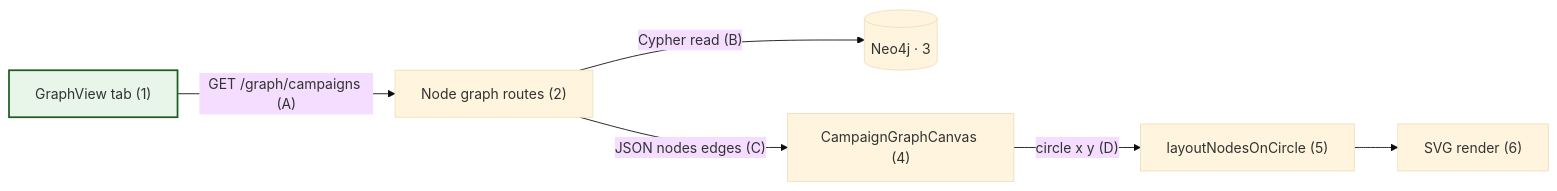
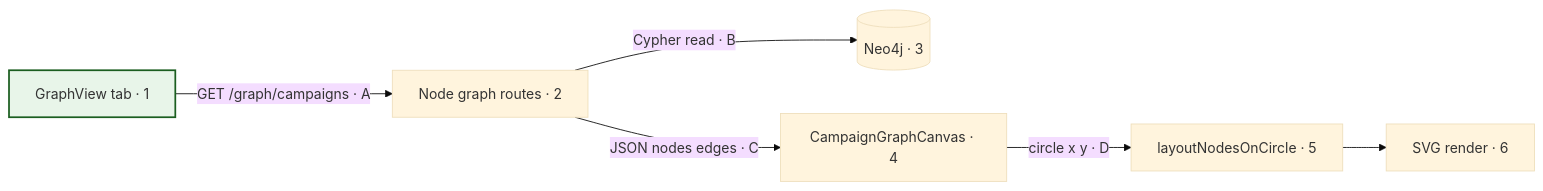
Before and after one commit to OferElboher/suspicious-email-triage: the diagram in docs/diagrams/system-flow-graph-ui.mmd, drawn with Mermaid (base theme). The commit also changed 18 other files, not shown here.

First line of the commit message:
Align flowchart Mermaid syntax with comprehensive guide arrowheads.

```diff
--- a/docs/diagrams/system-flow-graph-ui.mmd
+++ b/docs/diagrams/system-flow-graph-ui.mmd
@@ -1,17 +1,17 @@
 flowchart LR
   classDef flowEntry fill:#e8f5e9,stroke:#1b5e20,stroke-width:2px
 
-  UI["GraphView tab (1)"]
-  API["Node graph routes (2)"]
-  NEO[("Neo4j · 3")]
-  CAN["CampaignGraphCanvas (4)"]
-  LAY["layoutNodesOnCircle (5)"]
-  SVG["SVG render (6)"]
+  UI["GraphView tab · 1"]
+  API["Node graph routes · 2"]
+  NEO[(Neo4j · 3)]
+  CAN["CampaignGraphCanvas · 4"]
+  LAY["layoutNodesOnCircle · 5"]
+  SVG["SVG render · 6"]
 
-  UI -->|"GET /graph/campaigns (A)"| API
-  API -->|"Cypher read (B)"| NEO
-  API -->|"JSON nodes edges (C)"| CAN
-  CAN -->|"circle x y (D)"| LAY
+  UI -->|GET /graph/campaigns · A| API
+  API -->|Cypher read · B| NEO
+  API -->|JSON nodes edges · C| CAN
+  CAN -->|circle x y · D| LAY
   LAY --> SVG
 
   class UI flowEntry
```
